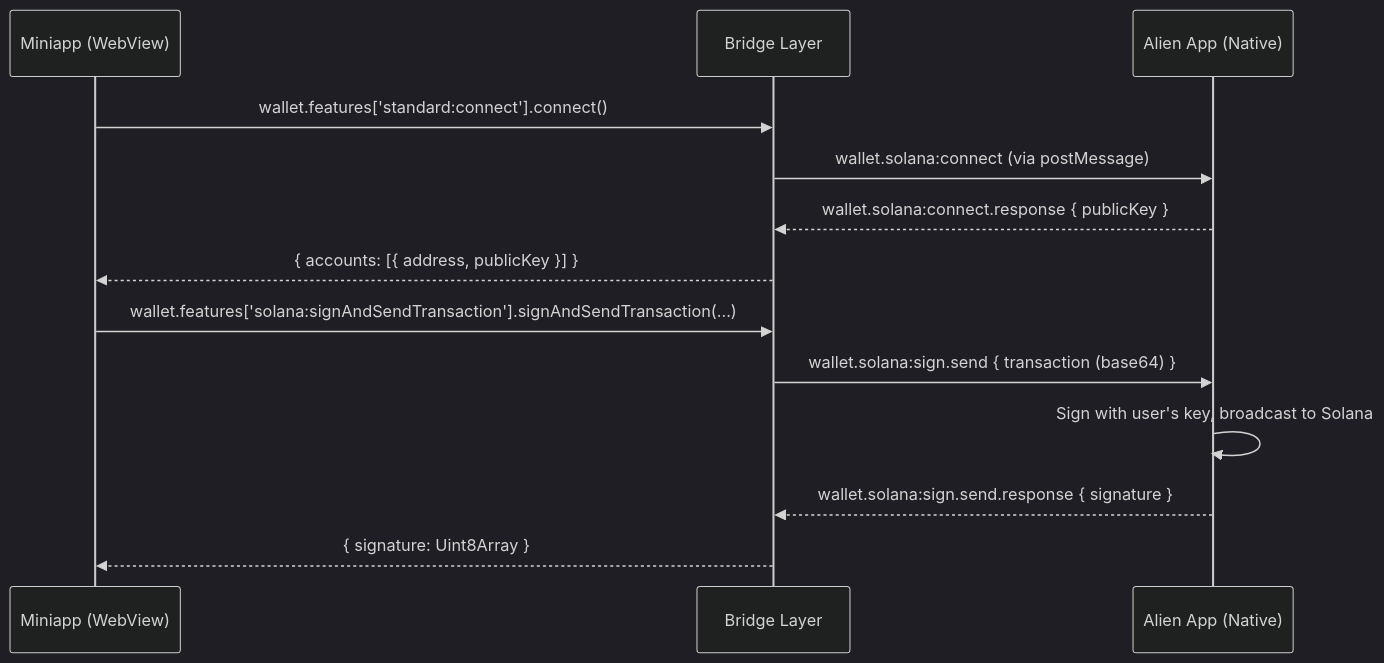
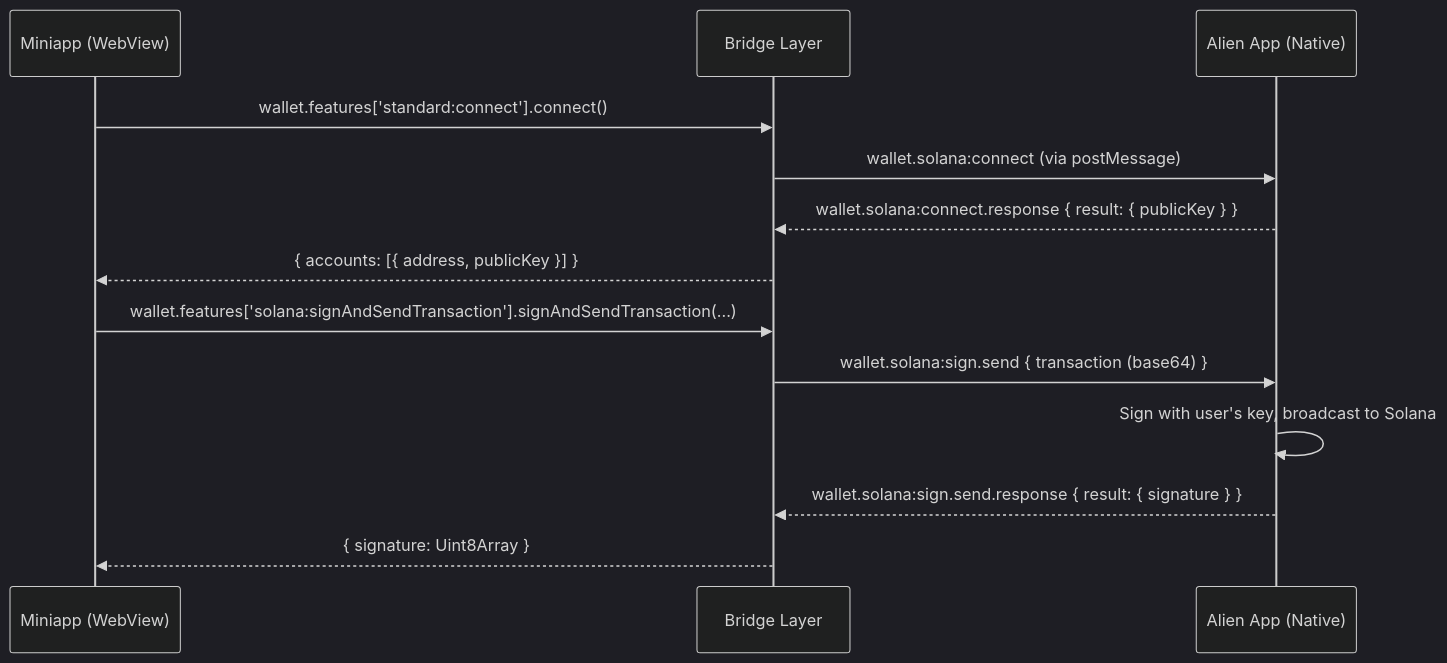
Before and after one commit to alien-id/miniapp-sdk: the diagram in packages/solana-provider/README.md, drawn with Mermaid (dark theme). The commit also changed other lines of this file and 8 other files, not shown here.

Commit message:
refactor: :recycle: align wallet response structure with JSON-RPC 2.0 standards

````diff
--- a/packages/solana-provider/README.md
+++ b/packages/solana-provider/README.md
@@ -172,17 +185,17 @@
 ```mermaid
 sequenceDiagram
     participant Miniapp as Miniapp (WebView)
     participant Bridge as Bridge Layer
     participant Host as Alien App (Native)
 
     Miniapp->>Bridge: wallet.features['standard:connect'].connect()
     Bridge->>Host: wallet.solana:connect (via postMessage)
-    Host-->>Bridge: wallet.solana:connect.response { publicKey }
+    Host-->>Bridge: wallet.solana:connect.response { result: { publicKey } }
     Bridge-->>Miniapp: { accounts: [{ address, publicKey }] }
 
     Miniapp->>Bridge: wallet.features['solana:signAndSendTransaction'].signAndSendTransaction(...)
     Bridge->>Host: wallet.solana:sign.send { transaction (base64) }
     Host->>Host: Sign with user's key, broadcast to Solana
-    Host-->>Bridge: wallet.solana:sign.send.response { signature }
+    Host-->>Bridge: wallet.solana:sign.send.response { result: { signature } }
     Bridge-->>Miniapp: { signature: Uint8Array }
 ```
````
